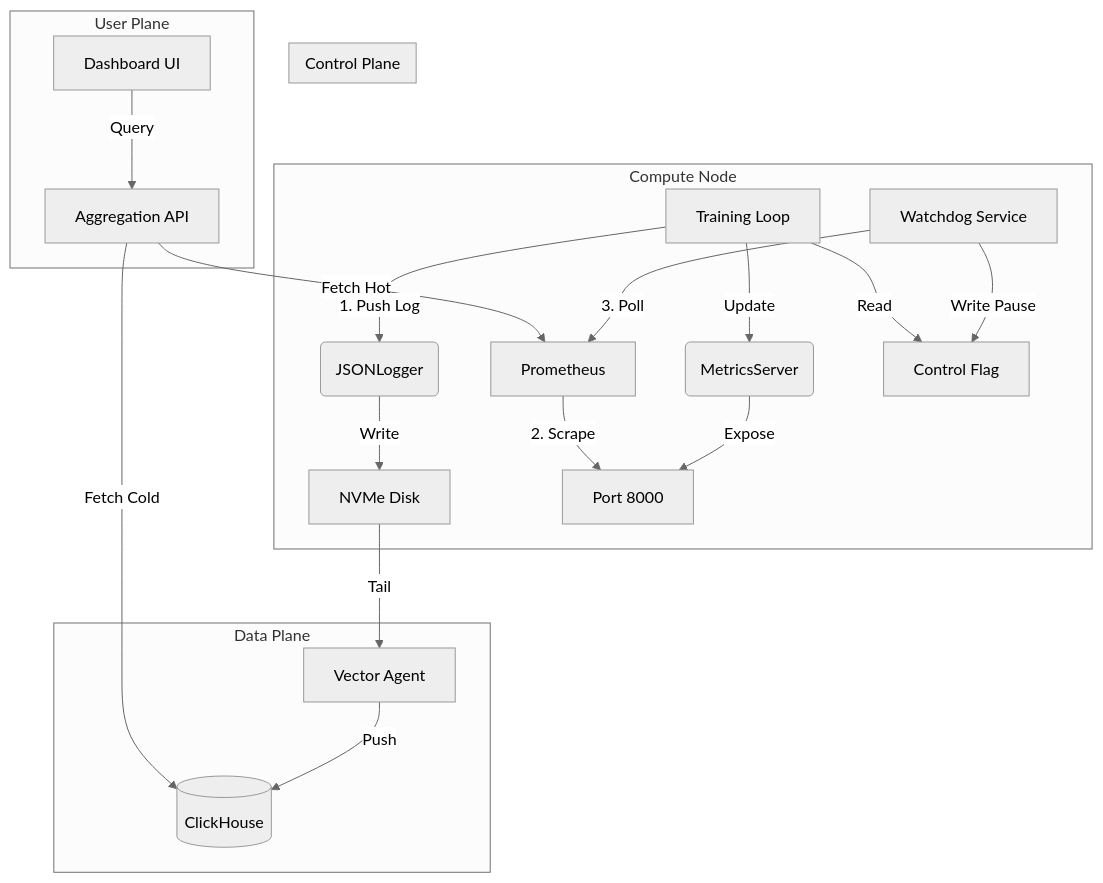
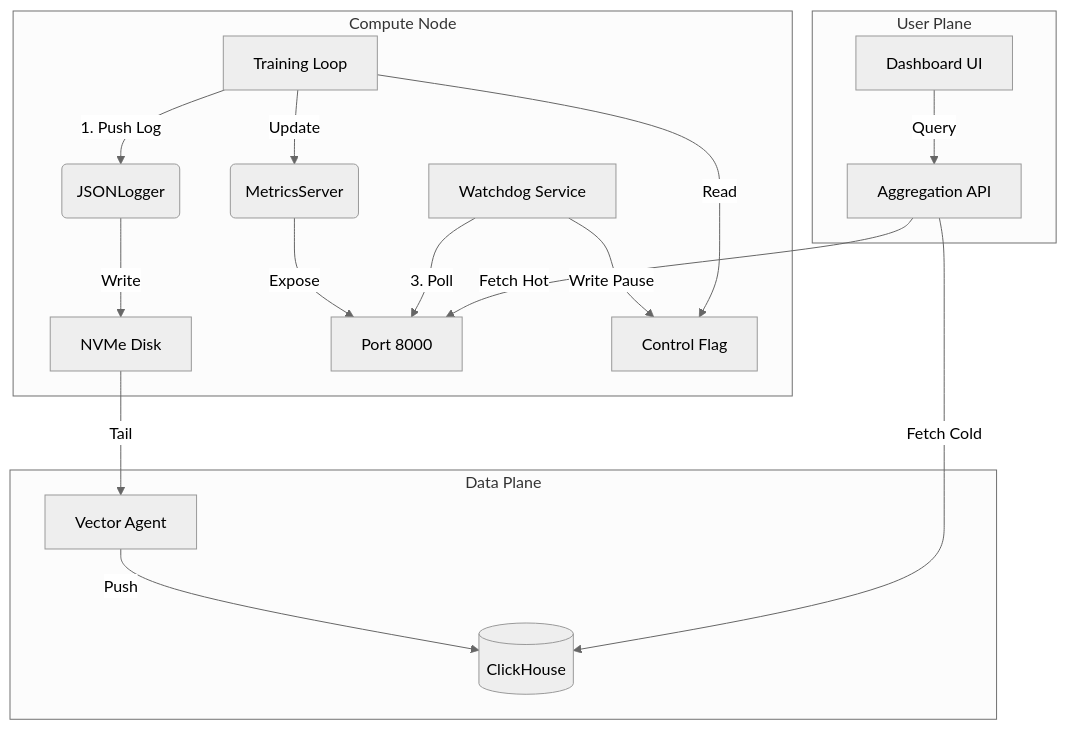
The diagram in experiments/12_training_operations/components/system_architecture.md (The-School-of-AI/LLM), drawn with Mermaid (neutral theme) before and after one commit. The commit also changed other lines of this file and 6 other files, not shown here.

````diff
--- a/experiments/12_training_operations/components/system_architecture.md
+++ b/experiments/12_training_operations/components/system_architecture.md
@@ -31,29 +31,25 @@
 ```mermaid
 graph TD
     subgraph Compute Node
         A[Training Loop] -->|1. Push Log| B(JSONLogger)
         B -->|Write| C[NVMe Disk]
         
         A -->|Update| M(MetricsServer)
         M -->|Expose| P8[Port 8000]
         
-        W[Watchdog Service] -->|3. Poll| PROM
+        W[Watchdog Service] -->|3. Poll| P8
         W -->|Write Pause| FLAG[Control Flag]
         A -->|Read| FLAG
     end
 
     subgraph Data Plane
         C -->|Tail| V[Vector Agent]
         V -->|Push| CH[(ClickHouse)]
     end
 
-    subgraph Control Plane
-        PROM[Prometheus] -->|2. Scrape| P8
-    end
-
     subgraph User Plane
         D[Dashboard UI] -->|Query| API[Aggregation API]
-        API -->|Fetch Hot| PROM
+        API -->|Fetch Hot| P8
         API -->|Fetch Cold| CH
     end
 ```
````
